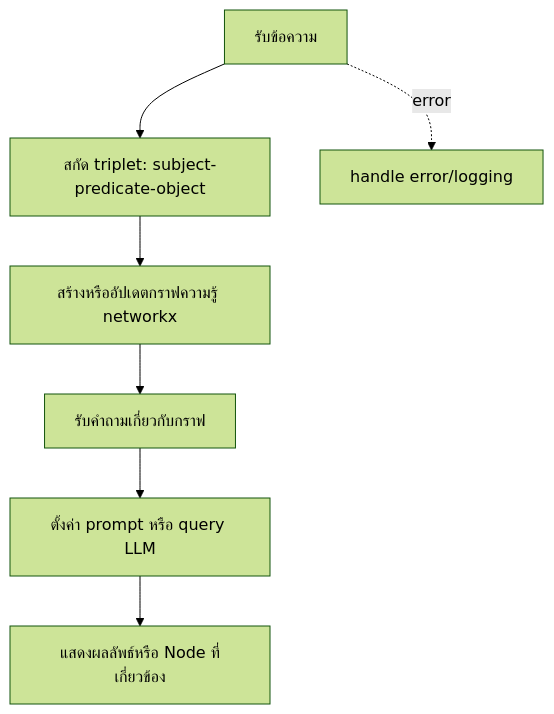
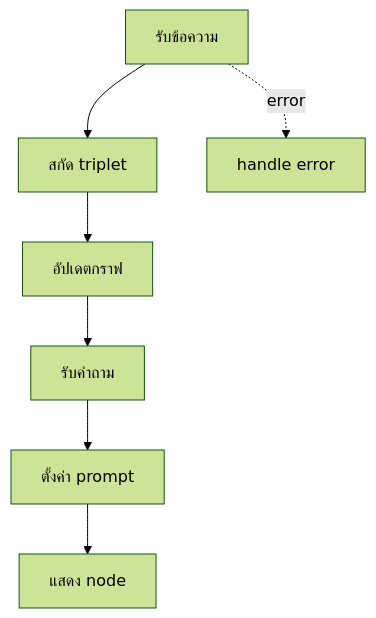
One commit to JonusNattapong/LangChainOllama changed the eighth of 16 diagrams in README.md. Above: the diagram before and after it, drawn with Mermaid (forest theme). The commit also changed other lines of this file, not shown here.

Commit message:
refactor: Simplify and clarify flow diagrams in README for better readability

````diff
--- a/README.md
+++ b/README.md
@@ -416,9 +416,9 @@
 ```mermaid
 graph TD
-    A[รับข้อความ] --> B[สกัด triplet: subject-predicate-object]
-    B --> C[สร้างหรืออัปเดตกราฟความรู้ networkx]
-    C --> D[รับคำถามเกี่ยวกับกราฟ]
-    D --> E[ตั้งค่า prompt หรือ query LLM]
-    E --> F[แสดงผลลัพธ์หรือ Node ที่เกี่ยวข้อง]
-    A -. error .-> G[handle error/logging]
+    A[รับข้อความ] --> B[สกัด triplet]
+    B --> C[อัปเดตกราฟ]
+    C --> D[รับคำถาม]
+    D --> E[ตั้งค่า prompt]
+    E --> F[แสดง node]
+    A -. error .-> G[handle error]
 ```
````
